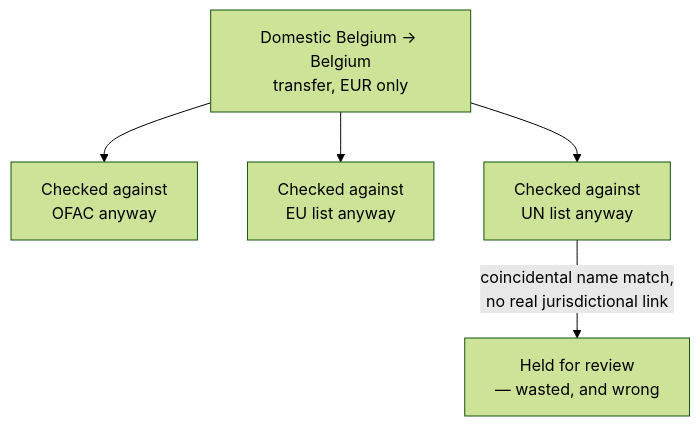
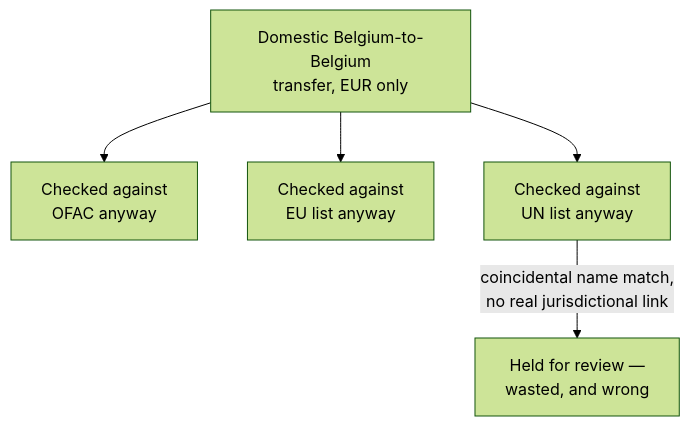
The fifth of 13 diagrams in system-design/HLD/0-course/51-Multi-Source-Sanctioned-Country-Payment-Blocking-FAANG-Guide-story.md (riyaz-pasha/Learnings), drawn with Mermaid (forest theme) before and after one commit. The commit also changed other lines of this file and 1 other file, not shown here.

Commit message:
[REWRITE] Multi-Source Sanctioned Country Payment Blocking story guide: simplify prose, add structure, fix diagrams

````diff
--- a/system-design/HLD/0-course/51-Multi-Source-Sanctioned-Country-Payment-Blocking-FAANG-Guide-story.md
+++ b/system-design/HLD/0-course/51-Multi-Source-Sanctioned-Country-Payment-Blocking-FAANG-Guide-story.md
@@ -239,7 +332,7 @@
 ```mermaid
 flowchart TD
-    A["Domestic Belgium -> Belgium\ntransfer, EUR only"] --> B["Checked against\nOFAC anyway"]
-    A --> C["Checked against\nEU list anyway"]
-    A --> D["Checked against\nUN list anyway"]
-    D -->|"coincidental name match,\nno real jurisdictional link"| E["Held for review\n— wasted, and wrong"]
+    A["Domestic Belgium-to-Belgium<br/>transfer, EUR only"] --> B["Checked against<br/>OFAC anyway"]
+    A --> C["Checked against<br/>EU list anyway"]
+    A --> D["Checked against<br/>UN list anyway"]
+    D -->|"coincidental name match,<br/>no real jurisdictional link"| E["Held for review —<br/>wasted, and wrong"]
 ```
````
